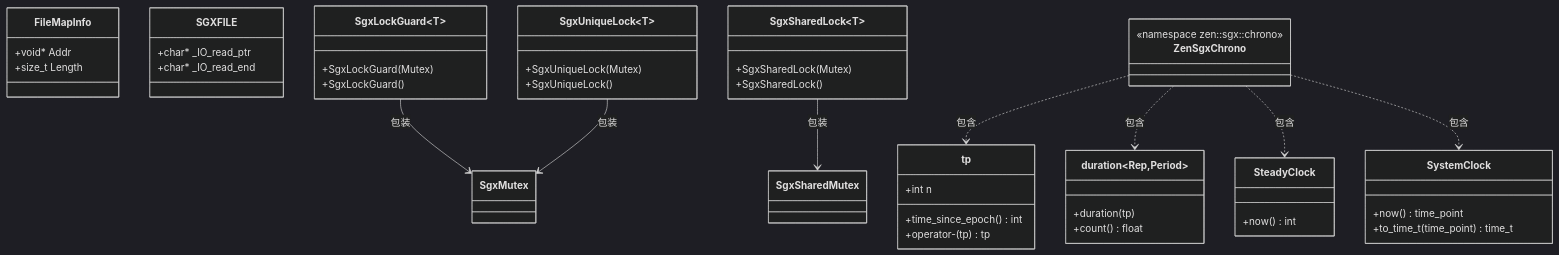
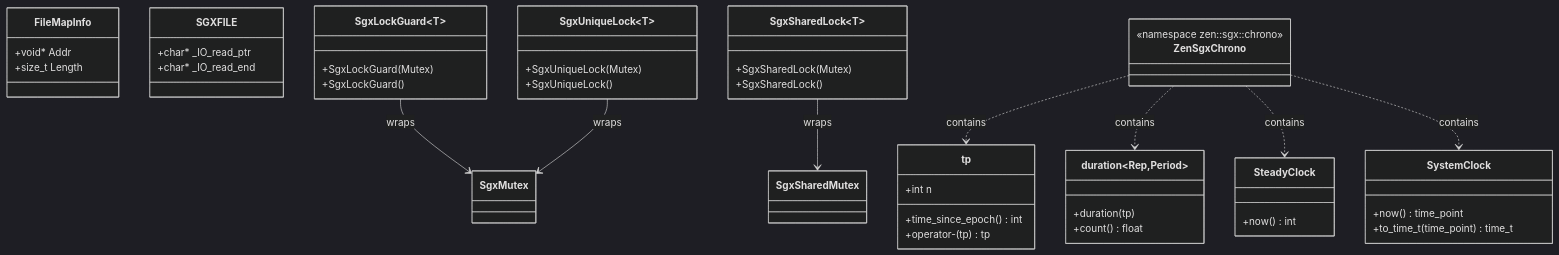
Before and after one commit to DTVMStack/DTVM: the diagram in specs/modules/platform/data-model.md, drawn with Mermaid (dark theme). The commit also changed other lines of this file and 41 other files, not shown here.

````diff
--- a/specs/modules/platform/data-model.md
+++ b/specs/modules/platform/data-model.md
@@ -5,65 +5,65 @@
 ```mermaid
 classDiagram
     class FileMapInfo {
         +void* Addr
         +size_t Length
     }
 
     class SGXFILE {
         +char* _IO_read_ptr
         +char* _IO_read_end
     }
 
     class SgxMutex {
     }
 
     class SgxSharedMutex {
     }
 
     class SgxLockGuard~T~ {
         +SgxLockGuard(Mutex)
         +SgxLockGuard()
     }
 
     class SgxSharedLock~T~ {
         +SgxSharedLock(Mutex)
         +SgxSharedLock()
     }
 
     class SgxUniqueLock~T~ {
         +SgxUniqueLock(Mutex)
         +SgxUniqueLock()
     }
 
     class ZenSgxChrono {
         <<namespace zen::sgx::chrono>>
     }
 
     class tp {
         +int n
         +time_since_epoch() int
         +operator-(tp) tp
     }
 
     class duration~Rep,Period~ {
         +duration(tp)
         +count() float
     }
 
     class SteadyClock {
         +now() int
     }
 
     class SystemClock {
         +now() time_point
         +to_time_t(time_point) time_t
     }
 
-    SgxLockGuard --> SgxMutex : 包装
-    SgxSharedLock --> SgxSharedMutex : 包装
-    SgxUniqueLock --> SgxMutex : 包装
-    ZenSgxChrono ..> tp : 包含
-    ZenSgxChrono ..> duration : 包含
-    ZenSgxChrono ..> SteadyClock : 包含
-    ZenSgxChrono ..> SystemClock : 包含
+    SgxLockGuard --> SgxMutex : wraps
+    SgxSharedLock --> SgxSharedMutex : wraps
+    SgxUniqueLock --> SgxMutex : wraps
+    ZenSgxChrono ..> tp : contains
+    ZenSgxChrono ..> duration : contains
+    ZenSgxChrono ..> SteadyClock : contains
+    ZenSgxChrono ..> SystemClock : contains
 ```
````
